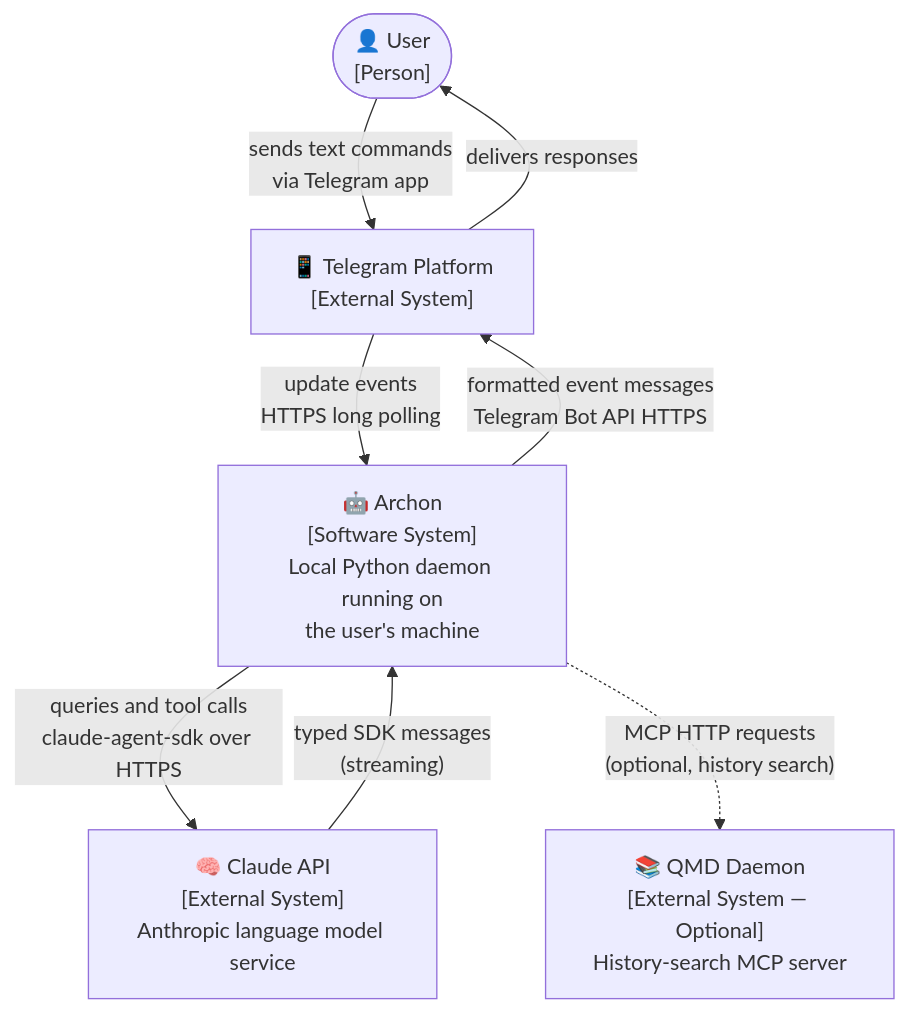
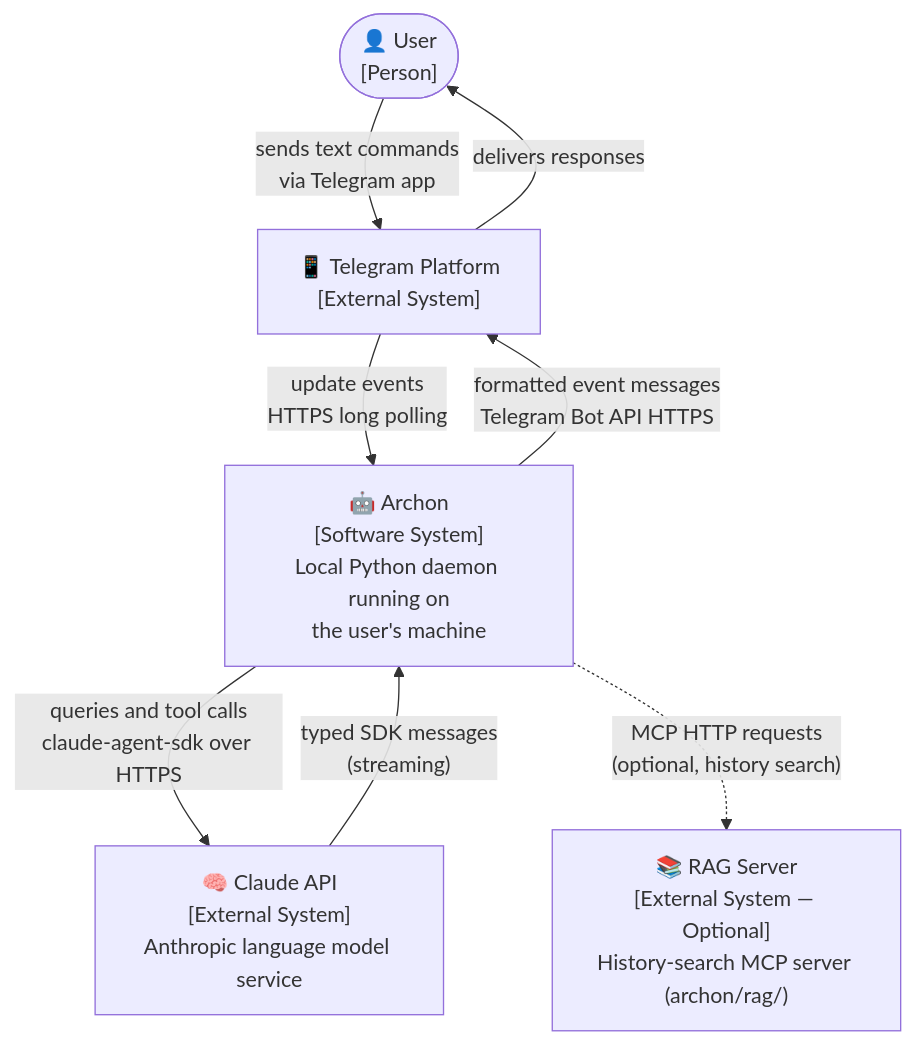
One commit to user538295/archon-assistant changed the first of 6 diagrams in Documentation/Architecture/100_system_architecture_overview.md. Above: the diagram before and after it, drawn with Mermaid. The commit also changed other lines of this file and 17 other files, not shown here.

First line of the commit message:
docs: update user manual, CLAUDE.md, and Architecture docs for RAG (Task 8.2)

````diff
--- a/Documentation/Architecture/100_system_architecture_overview.md
+++ b/Documentation/Architecture/100_system_architecture_overview.md
@@ -29,16 +29,16 @@
 ```mermaid
 graph TB
     User(["👤 User<br/>[Person]"])
     Telegram["📱 Telegram Platform<br/>[External System]"]
     Archon["🤖 Archon<br/>[Software System]<br/>Local Python daemon running on<br/>the user's machine"]
     Claude["🧠 Claude API<br/>[External System]<br/>Anthropic language model service"]
-    QMD["📚 QMD Daemon<br/>[External System — Optional]<br/>History-search MCP server"]
+    RAG["📚 RAG Server<br/>[External System — Optional]<br/>History-search MCP server (archon/rag/)"]
 
     User -->|"sends text commands<br/>via Telegram app"| Telegram
     Telegram -->|"update events<br/>HTTPS long polling"| Archon
     Archon -->|"formatted event messages<br/>Telegram Bot API HTTPS"| Telegram
     Telegram -->|"delivers responses"| User
     Archon -->|"queries and tool calls<br/>claude-agent-sdk over HTTPS"| Claude
     Claude -->|"typed SDK messages<br/>(streaming)"| Archon
-    Archon -. "MCP HTTP requests<br/>(optional, history search)" .-> QMD
+    Archon -. "MCP HTTP requests<br/>(optional, history search)" .-> RAG
 ```
````
